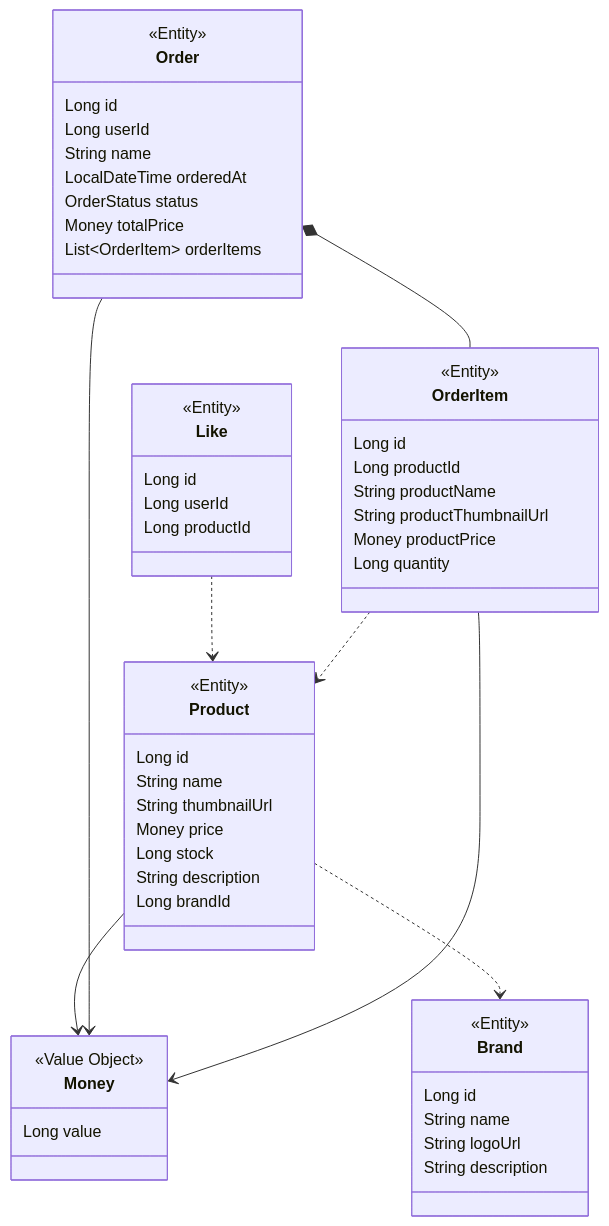
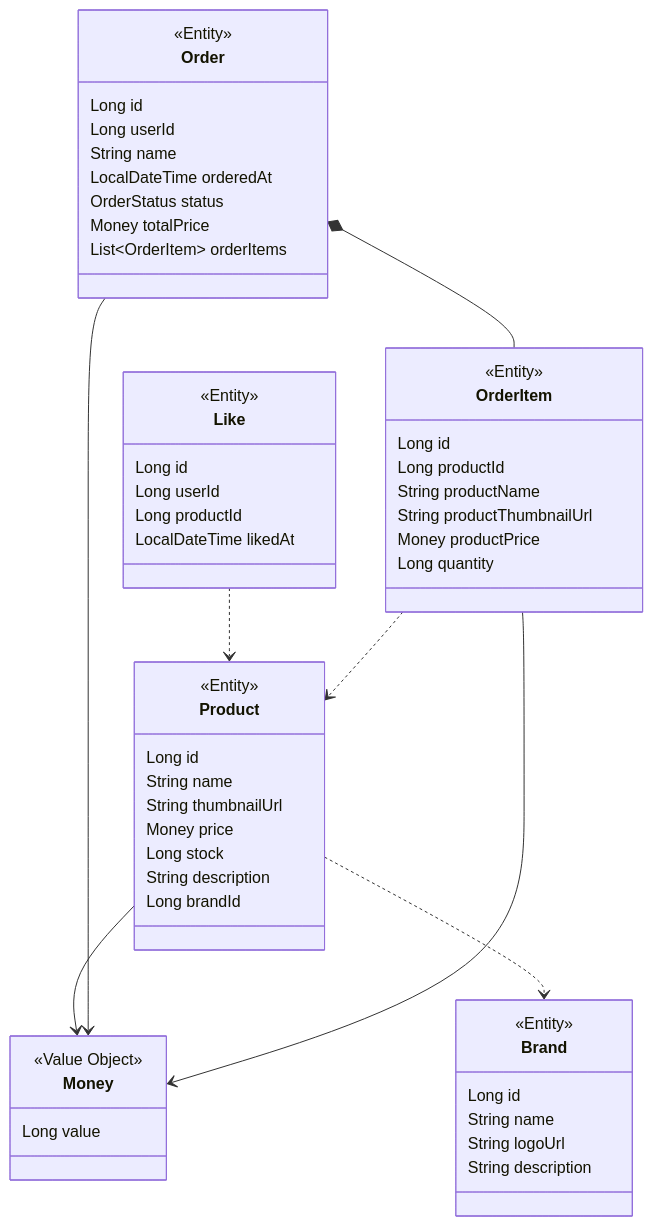
One commit to Loopers-dev-lab/loop-pack-be-l2-vol3-java changed the diagram in .docs/design/03-class-diagram.md. Above: the diagram before and after it, drawn with Mermaid. The commit also changed other lines of this file and 2 other files, not shown here.

````diff
--- a/.docs/design/03-class-diagram.md
+++ b/.docs/design/03-class-diagram.md
@@ -37,72 +37,73 @@
 ```mermaid
 classDiagram
     %% ── 공통 ──
     class Money {
         <<Value Object>>
         Long value
     }
 
     %% ── Brand ──
     class Brand {
         <<Entity>>
         Long id
         String name
         String logoUrl
         String description
     }
 
     %% ── Product ──
     class Product {
         <<Entity>>
         Long id
         String name
         String thumbnailUrl
         Money price
         Long stock
         String description
         Long brandId
     }
 
     %% ── Like ──
     class Like {
         <<Entity>>
         Long id
         Long userId
         Long productId
+        LocalDateTime likedAt
     }
 
     %% ── Order ──
     class Order {
         <<Entity>>
         Long id
         Long userId
         String name
         LocalDateTime orderedAt
         OrderStatus status
         Money totalPrice
         List~OrderItem~ orderItems
     }
 
     class OrderItem {
         <<Entity>>
         Long id
         Long productId
         String productName
         String productThumbnailUrl
         Money productPrice
         Long quantity
     }
 
     %% ── Product 관계 ──
     Product --> Money
     Product ..> Brand
 
     %% ── Like 관계 ──
     Like ..> Product
 
     %% ── Order 관계 ──
     Order *-- OrderItem
     Order --> Money
     OrderItem --> Money
     OrderItem ..> Product
 ```
````
